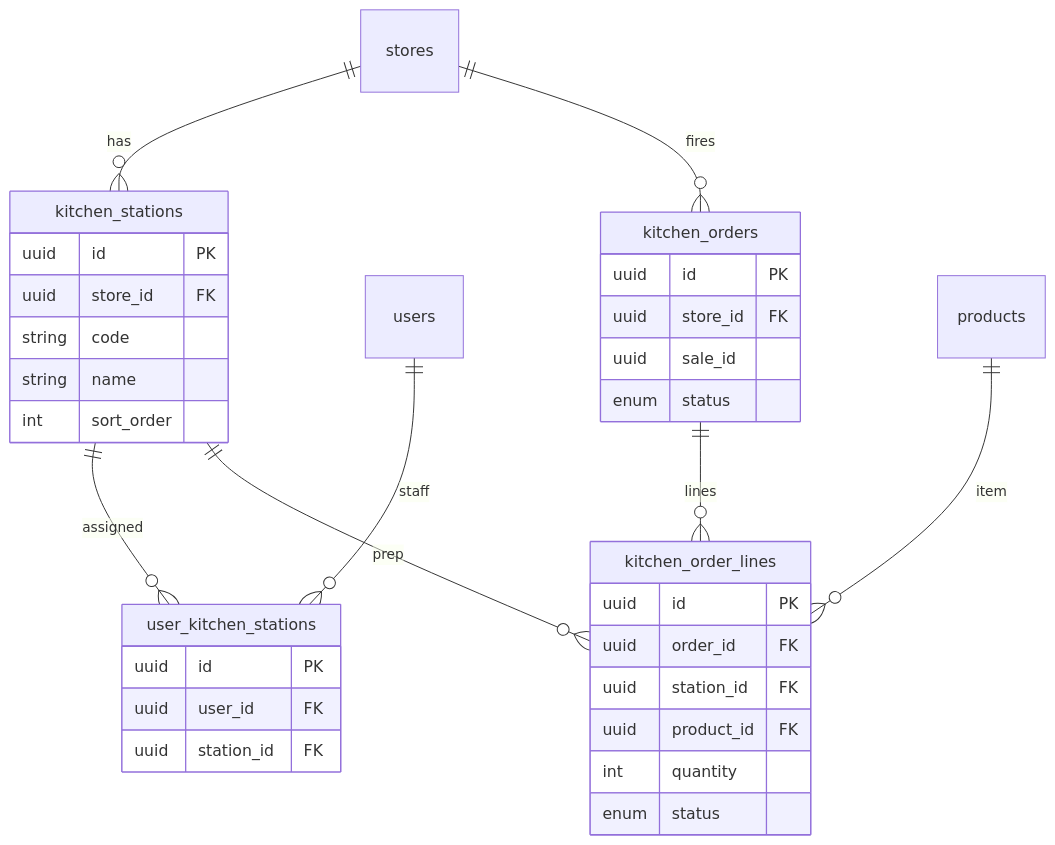
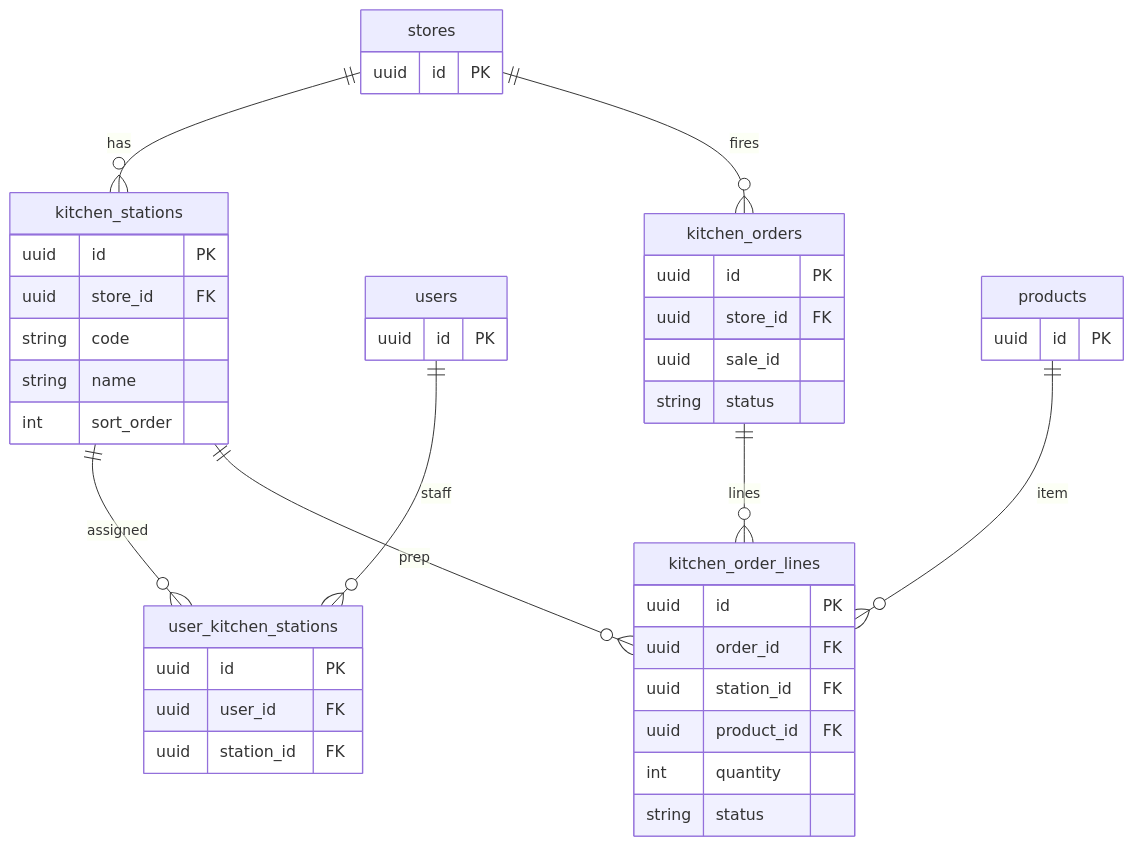
Before and after one commit to bionte4/mposbon: the fifth of 11 diagrams in docs/ERD.md, drawn with Mermaid. The commit also changed other lines of this file, not shown here.

First line of the commit message:
Fix Mermaid ERD syntax for GitHub rendering.

````diff
--- a/docs/ERD.md
+++ b/docs/ERD.md
@@ -286,40 +342,52 @@
 ```mermaid
 erDiagram
-  stores ||--o{ kitchen_stations : has
-  kitchen_stations ||--o{ user_kitchen_stations : assigned
-  users ||--o{ user_kitchen_stations : staff
-  stores ||--o{ kitchen_orders : fires
-  kitchen_orders ||--o{ kitchen_order_lines : lines
-  kitchen_stations ||--o{ kitchen_order_lines : prep
-  products ||--o{ kitchen_order_lines : item
+  stores ||--o{ kitchen_stations : "has"
+  kitchen_stations ||--o{ user_kitchen_stations : "assigned"
+  users ||--o{ user_kitchen_stations : "staff"
+  stores ||--o{ kitchen_orders : "fires"
+  kitchen_orders ||--o{ kitchen_order_lines : "lines"
+  kitchen_stations ||--o{ kitchen_order_lines : "prep"
+  products ||--o{ kitchen_order_lines : "item"
 
   kitchen_stations {
     uuid id PK
     uuid store_id FK
     string code
     string name
     int sort_order
   }
 
   user_kitchen_stations {
     uuid id PK
     uuid user_id FK
     uuid station_id FK
   }
 
   kitchen_orders {
     uuid id PK
     uuid store_id FK
     uuid sale_id
-    enum status
+    string status
   }
 
   kitchen_order_lines {
     uuid id PK
     uuid order_id FK
     uuid station_id FK
     uuid product_id FK
     int quantity
-    enum status
+    string status
+  }
+
+  stores {
+    uuid id PK
+  }
+
+  users {
+    uuid id PK
+  }
+
+  products {
+    uuid id PK
   }
 ```
````
